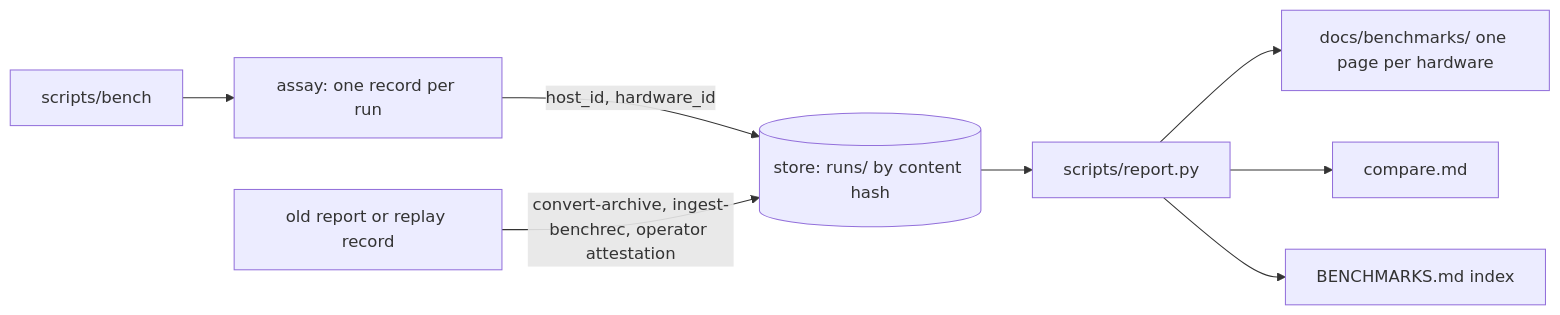
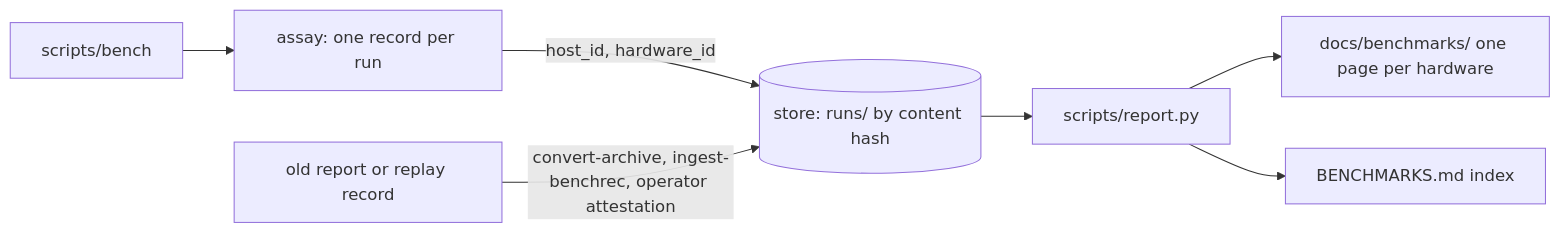
The diagram in docs/BENCHMARKING.md (loken-ai/benchmarks), drawn with Mermaid before and after one commit. The commit also changed other lines of this file and 1 other file, not shown here.

````diff
--- a/docs/BENCHMARKING.md
+++ b/docs/BENCHMARKING.md
@@ -56,10 +56,9 @@
 ```mermaid
 flowchart LR
     D["scripts/bench"] --> A["assay: one record per run"]
     A -->|"host_id, hardware_id"| S[("store: runs/ by content hash")]
     O["old report or replay record"] -->|"convert-archive, ingest-benchrec, operator attestation"| S
     S --> R["scripts/report.py"]
     R --> P["docs/benchmarks/ one page per hardware"]
-    R --> X["compare.md"]
     R --> I["BENCHMARKS.md index"]
 ```
````
